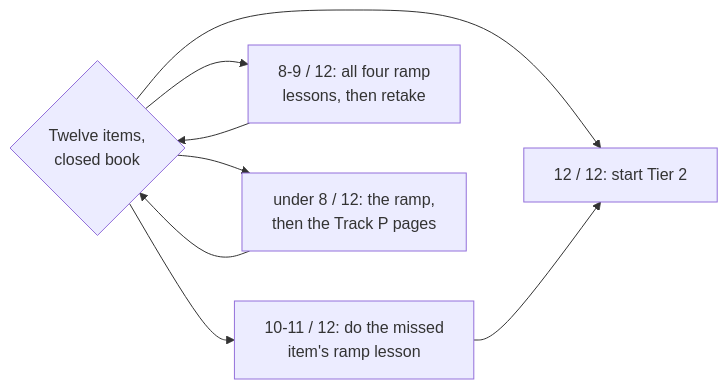
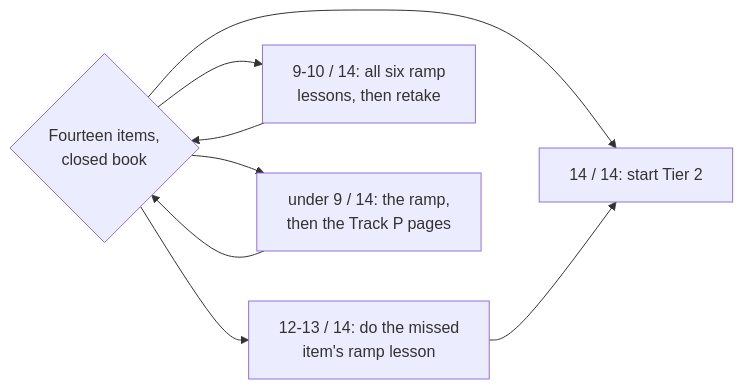
The diagram in docs/TIER1_EXIT_CHECK.md (TLE47/Mechatronics-Roadmap), drawn with Mermaid before and after one commit. The commit also changed other lines of this file and 6 other files, not shown here.

First line of the commit message:
Add ramp lessons R.5 and R.6 for phasors and frequency response

````diff
--- a/docs/TIER1_EXIT_CHECK.md
+++ b/docs/TIER1_EXIT_CHECK.md
@@ -14,10 +15,10 @@
 ```mermaid
 flowchart LR
-    Q{"Twelve items,<br/>closed book"} --> A["12 / 12: start Tier 2"]
-    Q --> B["10-11 / 12: do the missed<br/>item's ramp lesson"]
+    Q{"Fourteen items,<br/>closed book"} --> A["14 / 14: start Tier 2"]
+    Q --> B["12-13 / 14: do the missed<br/>item's ramp lesson"]
     B --> A
-    Q --> C["8-9 / 12: all four ramp<br/>lessons, then retake"]
+    Q --> C["9-10 / 14: all six ramp<br/>lessons, then retake"]
     C --> Q
-    Q --> D["under 8 / 12: the ramp,<br/>then the Track P pages"]
+    Q --> D["under 9 / 14: the ramp,<br/>then the Track P pages"]
     D --> Q
 ```
````
